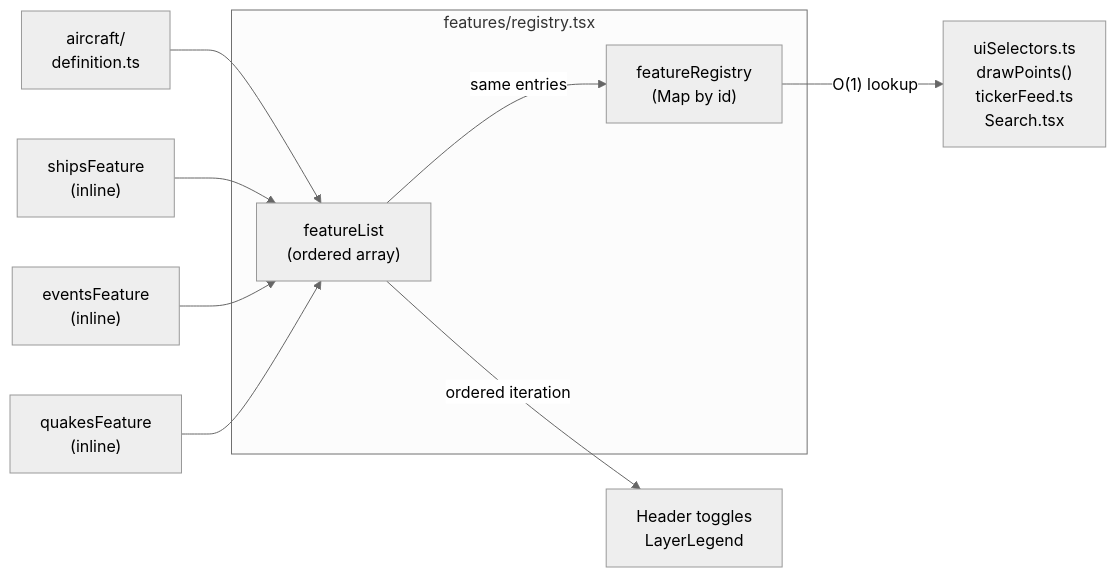
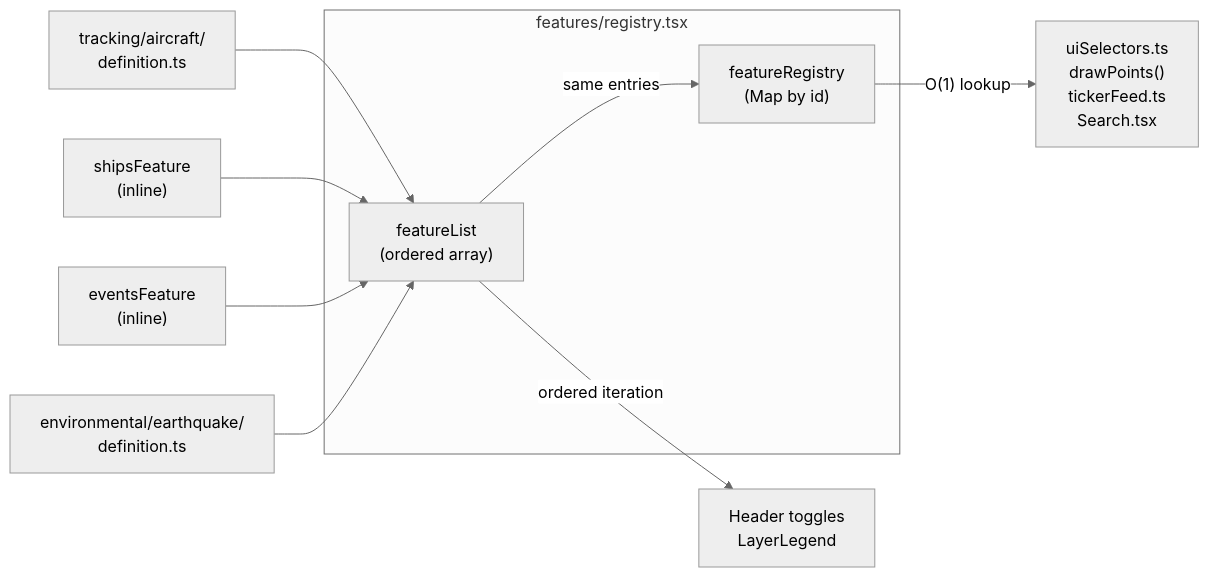
Before and after one commit to iiTONELOC/sigint: the second of 14 diagrams in docs/architecture.md, drawn with Mermaid (neutral theme). The commit also changed other lines of this file and 30 other files, not shown here.

First line of the commit message:
feat: live USGS earthquake data, feature domain structure, intel links,

````diff
--- a/docs/architecture.md
+++ b/docs/architecture.md
@@ -146,17 +166,17 @@
 ```mermaid
 graph LR
     subgraph "features/registry.tsx"
         FL["featureList<br/>(ordered array)"]
         FR["featureRegistry<br/>(Map by id)"]
     end
 
-    AF["aircraft/<br/>definition.ts"] --> FL
+    AF["tracking/aircraft/<br/>definition.ts"] --> FL
     SF["shipsFeature<br/>(inline)"] --> FL
     EF["eventsFeature<br/>(inline)"] --> FL
-    QF["quakesFeature<br/>(inline)"] --> FL
+    QF["environmental/earthquake/<br/>definition.ts"] --> FL
 
     FL -->|"same entries"| FR
 
     FR -->|"O(1) lookup"| Consumers["uiSelectors.ts<br/>drawPoints()<br/>tickerFeed.ts<br/>Search.tsx"]
     FL -->|"ordered iteration"| UI["Header toggles<br/>LayerLegend"]
 ```
````
